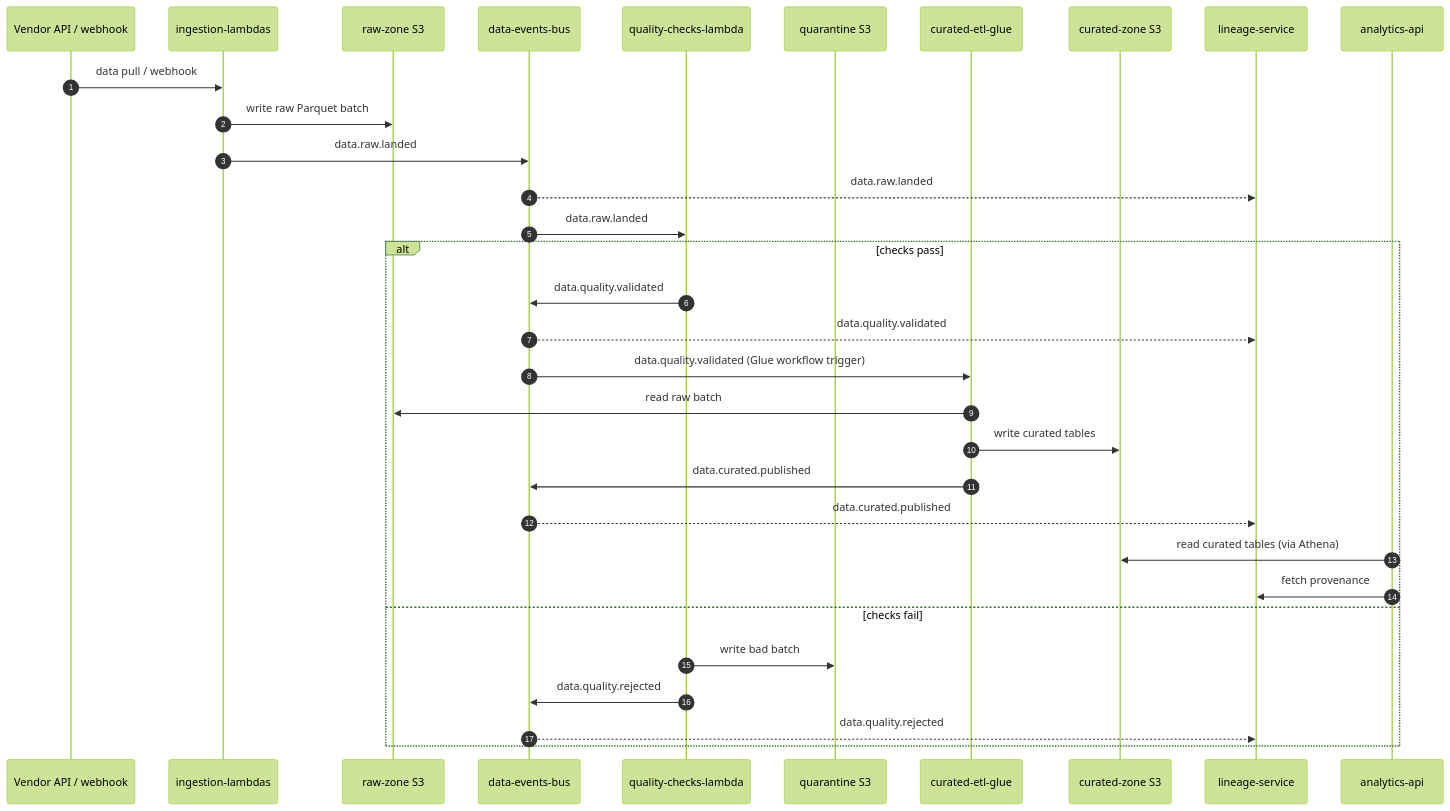
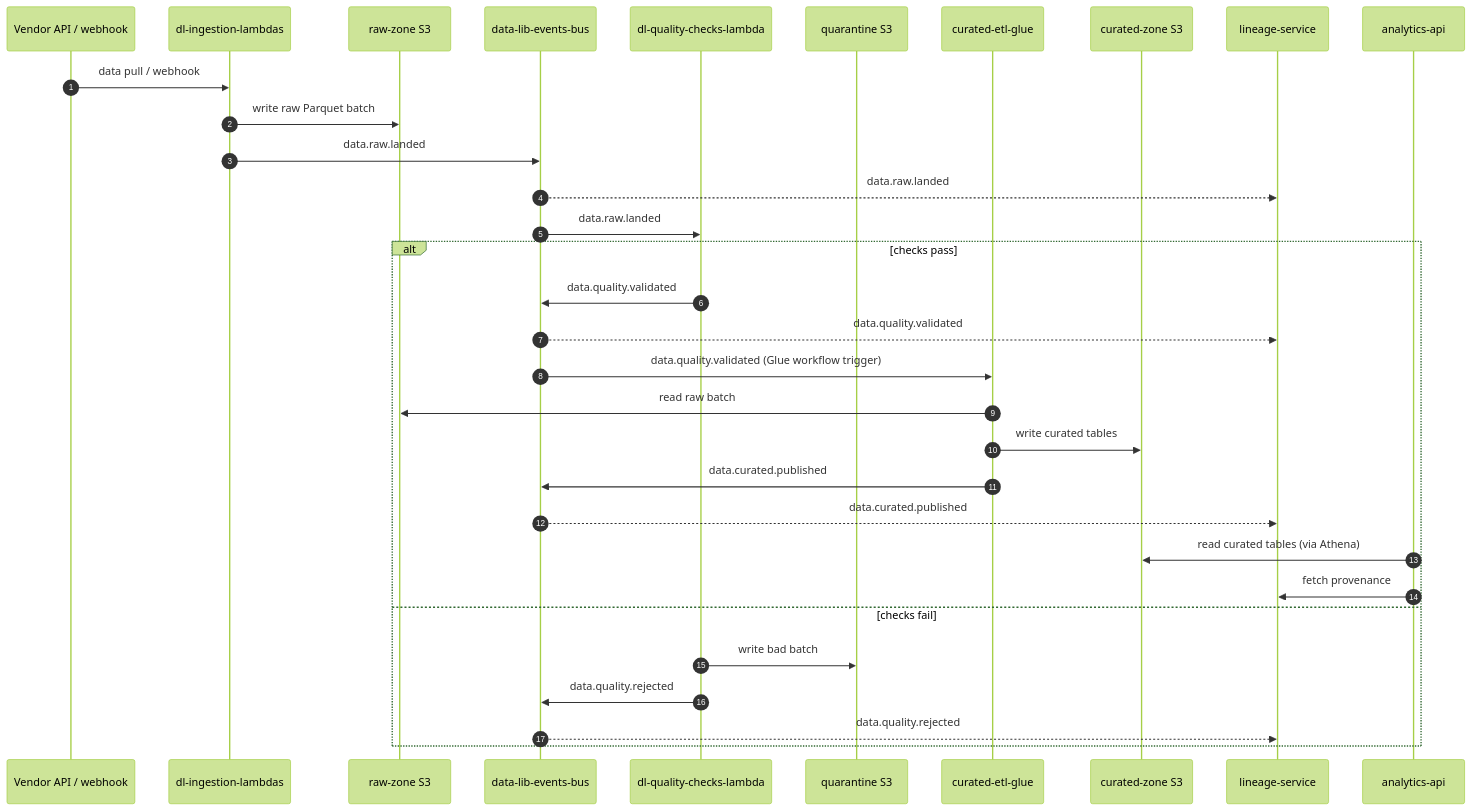
Before and after one commit to Ayotomiwa/Memory: the diagram in atlas/flows/raw-to-curated-flow.md, drawn with Mermaid (forest theme). The commit also changed other lines of this file and 81 other files, not shown here.

````diff
--- a/atlas/flows/raw-to-curated-flow.md
+++ b/atlas/flows/raw-to-curated-flow.md
@@ -9,35 +9,35 @@
 ```mermaid
 sequenceDiagram
   autonumber
   participant Vendor as Vendor API / webhook
-  participant Ingest as ingestion-lambdas
+  participant Ingest as dl-ingestion-lambdas
   participant Raw as raw-zone S3
-  participant Bus as data-events-bus
-  participant QC as quality-checks-lambda
+  participant Bus as data-lib-events-bus
+  participant QC as dl-quality-checks-lambda
   participant Quar as quarantine S3
   participant Glue as curated-etl-glue
   participant Curated as curated-zone S3
   participant Lineage as lineage-service
   participant API as analytics-api
 
   Vendor->>Ingest: data pull / webhook
   Ingest->>Raw: write raw Parquet batch
   Ingest->>Bus: data.raw.landed
   Bus-->>Lineage: data.raw.landed
   Bus->>QC: data.raw.landed
   alt checks pass
     QC->>Bus: data.quality.validated
     Bus-->>Lineage: data.quality.validated
     Bus->>Glue: data.quality.validated (Glue workflow trigger)
     Glue->>Raw: read raw batch
     Glue->>Curated: write curated tables
     Glue->>Bus: data.curated.published
     Bus-->>Lineage: data.curated.published
     API->>Curated: read curated tables (via Athena)
     API->>Lineage: fetch provenance
   else checks fail
     QC->>Quar: write bad batch
     QC->>Bus: data.quality.rejected
     Bus-->>Lineage: data.quality.rejected
   end
 ```
````
